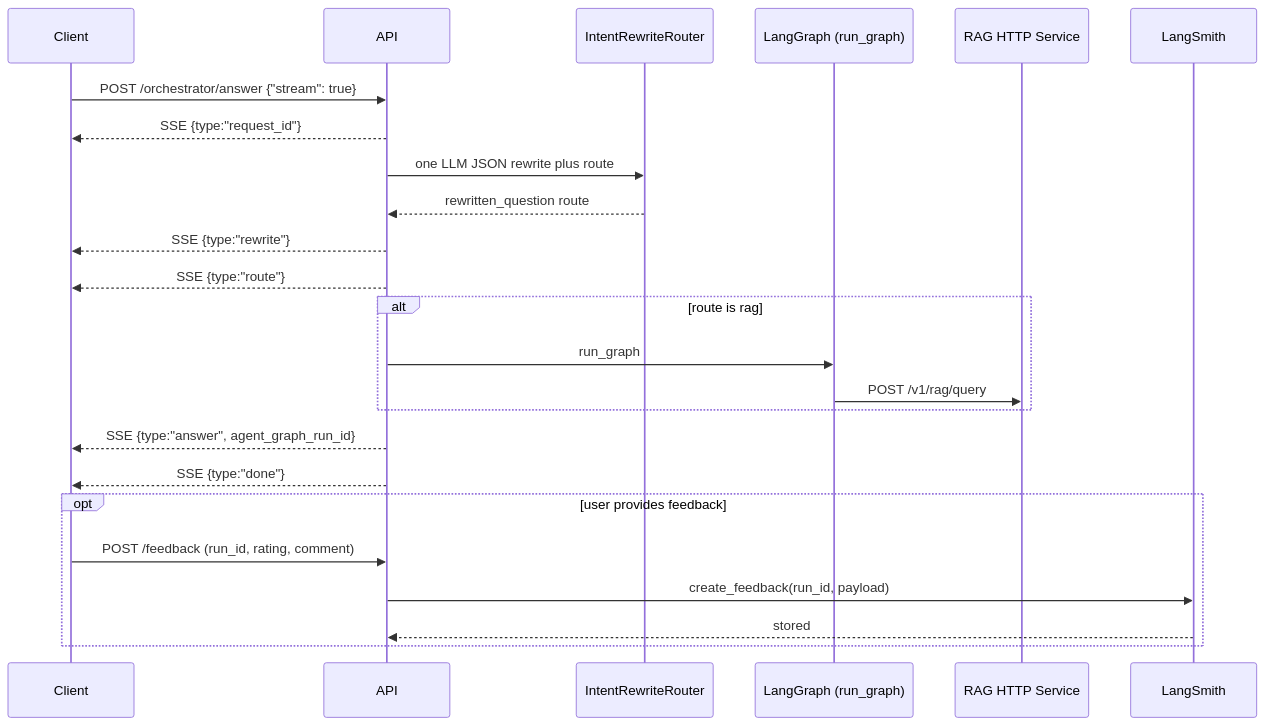
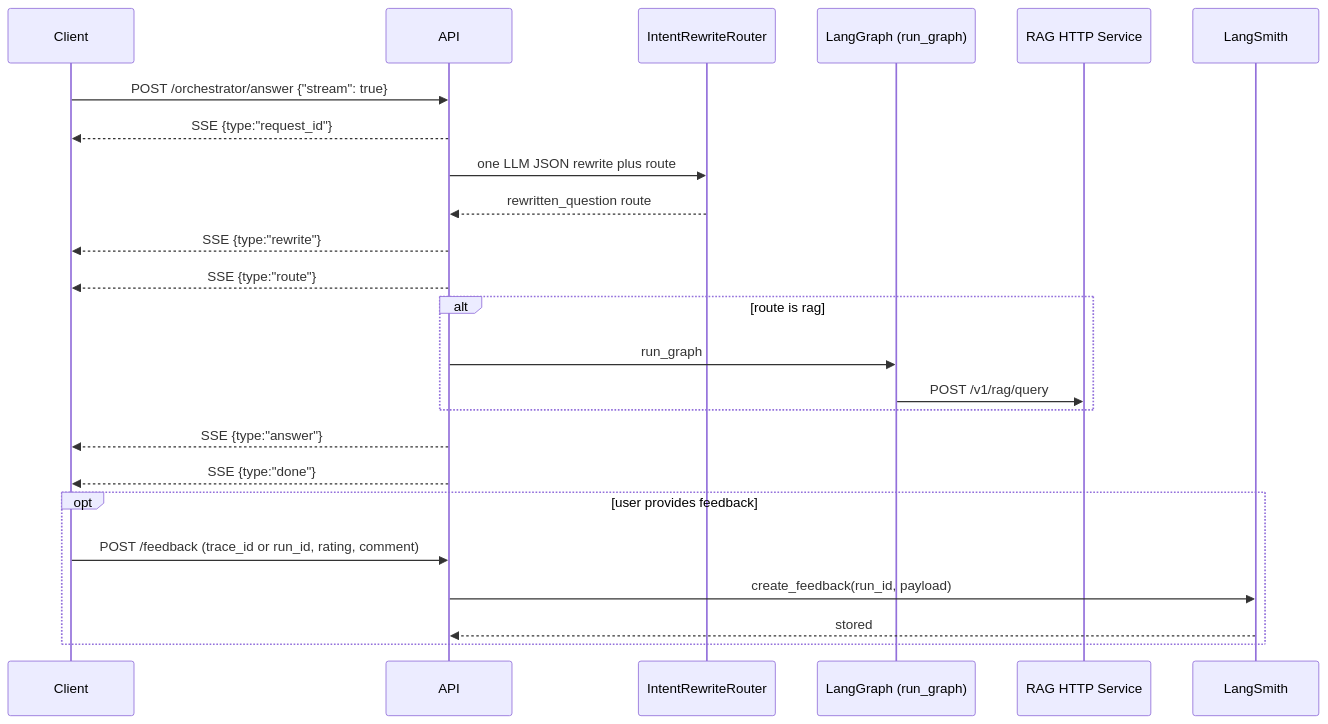
One commit to taixingbi/layer-orchestrator-v1 changed the diagram in docs/architecture.md. Above: the diagram before and after it, drawn with Mermaid. The commit also changed other lines of this file and 6 other files, not shown here.

````diff
--- a/docs/architecture.md
+++ b/docs/architecture.md
@@ -133,31 +121,31 @@
 ```mermaid
 sequenceDiagram
   participant Client
   participant API
   participant Router as IntentRewriteRouter
   participant Graph as LangGraph (run_graph)
   participant RAG as RAG HTTP Service
   participant LangSmith
 
   Client->>API: POST /orchestrator/answer {"stream": true}
   API-->>Client: SSE {type:"request_id"}
 
   API->>Router: one LLM JSON rewrite plus route
   Router-->>API: rewritten_question route
   API-->>Client: SSE {type:"rewrite"}
   API-->>Client: SSE {type:"route"}
 
   alt route is rag
     API->>Graph: run_graph
     Graph->>RAG: POST /v1/rag/query
   end
 
-  API-->>Client: SSE {type:"answer", agent_graph_run_id}
+  API-->>Client: SSE {type:"answer"}
   API-->>Client: SSE {type:"done"}
 
   opt user provides feedback
-    Client->>API: POST /feedback (run_id, rating, comment)
+    Client->>API: POST /feedback (trace_id or run_id, rating, comment)
     API->>LangSmith: create_feedback(run_id, payload)
     LangSmith-->>API: stored
   end
 ```
````
